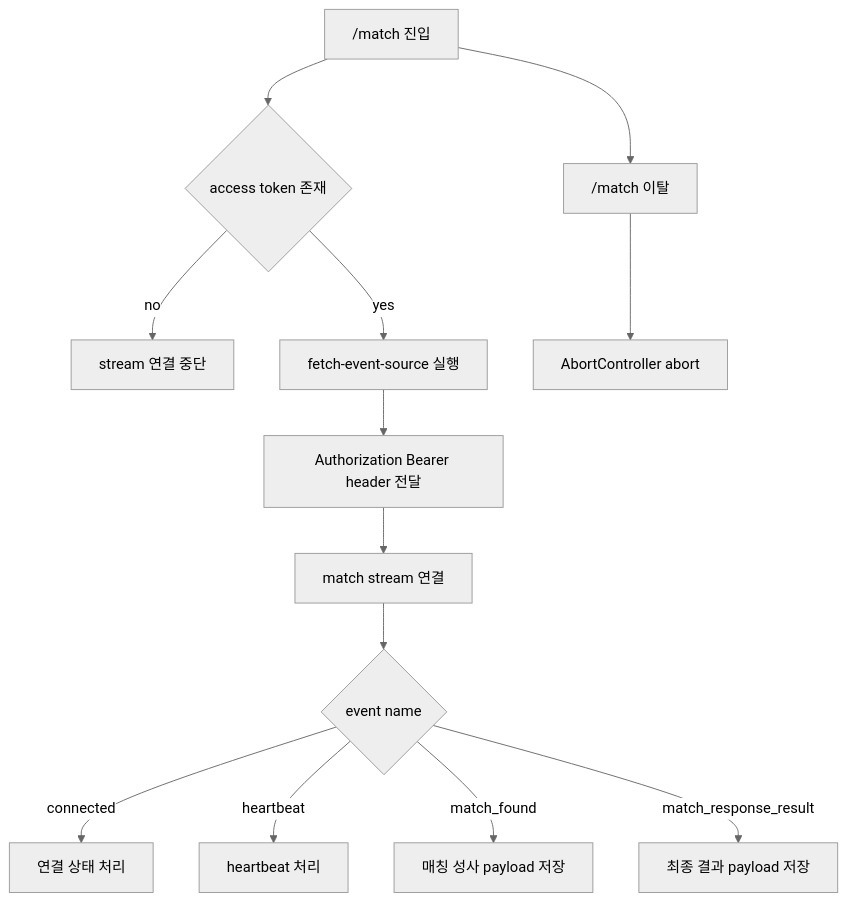
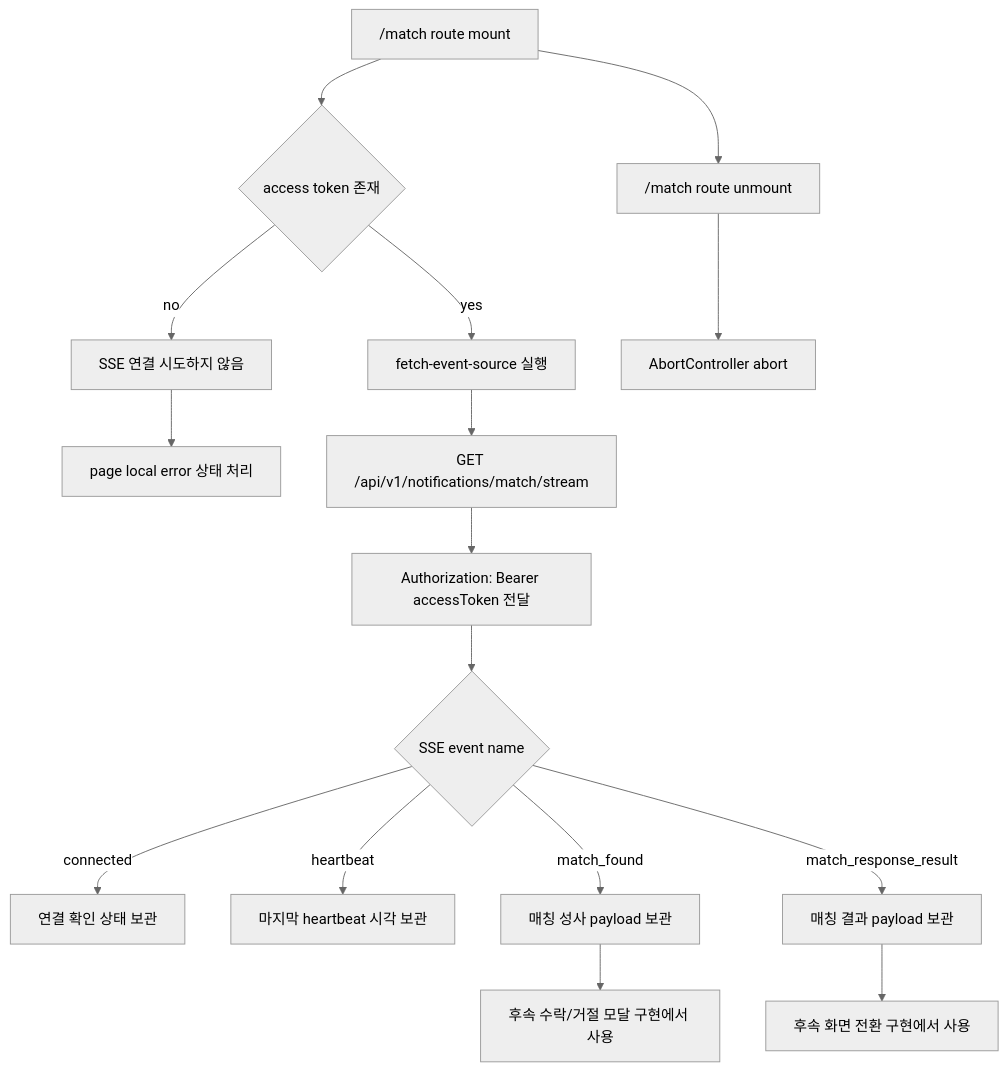
The second of 2 diagrams in docs/antigravity/frontend/issue-76-sse-auth-contract-match-stream.md (moonwhistle/League-of-Star), drawn with Mermaid (neutral theme) before and after one commit. The commit also changed other lines of this file and 1 other file, not shown here.

````diff
--- a/docs/antigravity/frontend/issue-76-sse-auth-contract-match-stream.md
+++ b/docs/antigravity/frontend/issue-76-sse-auth-contract-match-stream.md
@@ -299,15 +302,18 @@
 ```mermaid
 flowchart TD
-    A["/match 진입"] --> B{access token 존재}
-    B -->|no| C["stream 연결 중단"]
-    B -->|yes| D["fetch-event-source 실행"]
-    D --> E["Authorization Bearer header 전달"]
-    E --> F["match stream 연결"]
-    F --> G{event name}
-    G -->|connected| H["연결 상태 처리"]
-    G -->|heartbeat| I["heartbeat 처리"]
-    G -->|match_found| J["매칭 성사 payload 저장"]
-    G -->|match_response_result| K["최종 결과 payload 저장"]
-    A --> L["/match 이탈"]
-    L --> M["AbortController abort"]
+    A["/match route mount"] --> B{access token 존재}
+    B -->|no| C["SSE 연결 시도하지 않음"]
+    C --> D["page local error 상태 처리"]
+    B -->|yes| E["fetch-event-source 실행"]
+    E --> F["GET /api/v1/notifications/match/stream"]
+    F --> G["Authorization: Bearer accessToken 전달"]
+    G --> H{"SSE event name"}
+    H -->|connected| I["연결 확인 상태 보관"]
+    H -->|heartbeat| J["마지막 heartbeat 시각 보관"]
+    H -->|match_found| K["매칭 성사 payload 보관"]
+    H -->|match_response_result| L["매칭 결과 payload 보관"]
+    K --> M["후속 수락/거절 모달 구현에서 사용"]
+    L --> N["후속 화면 전환 구현에서 사용"]
+    A --> O["/match route unmount"]
+    O --> P["AbortController abort"]
 ```
````
